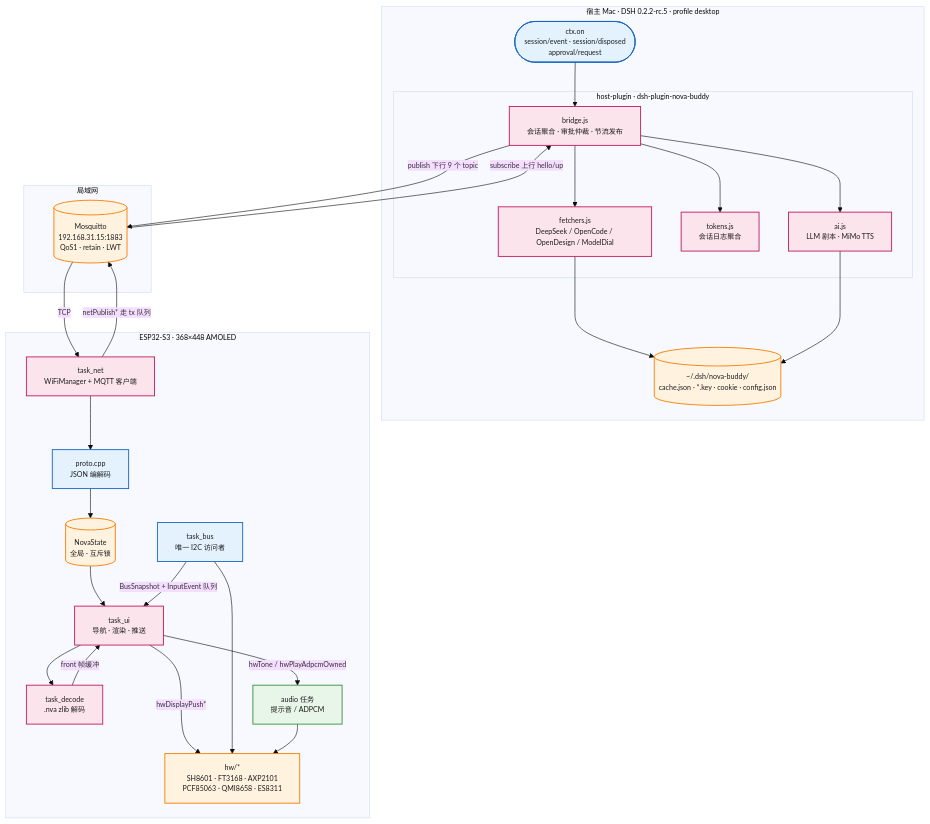
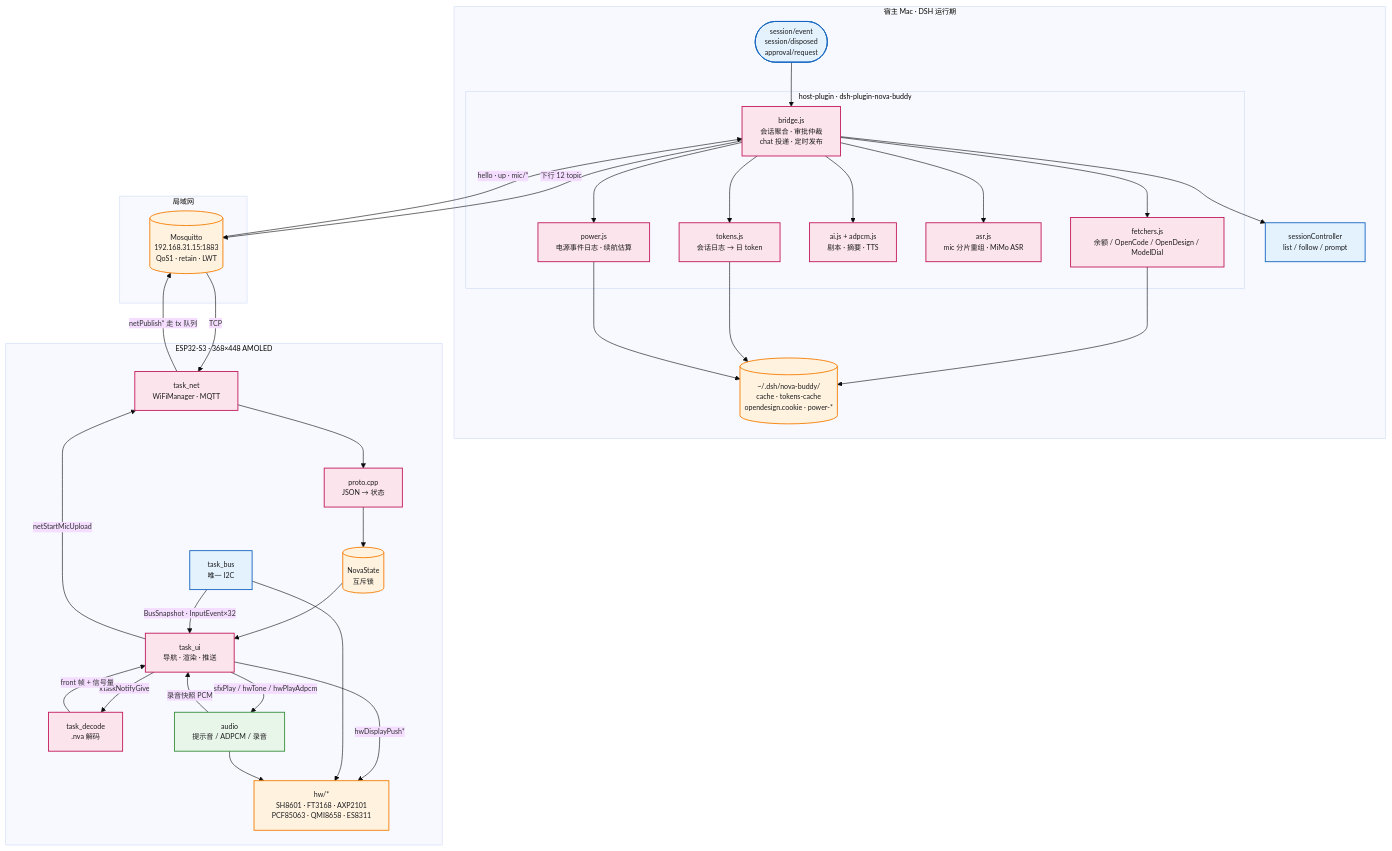
One commit to JAYcodr/whale-buddy-esp32 changed the first of 11 diagrams in docs/ARCHITECTURE.md. Above: the diagram before and after it, drawn with Mermaid. The commit also changed other lines of this file and 26 other files, not shown here.

````diff
--- a/docs/ARCHITECTURE.md
+++ b/docs/ARCHITECTURE.md
@@ -65,61 +57,68 @@
 ```mermaid
 %%{init: {'theme': 'base', 'themeVariables': {'fontFamily': 'Menlo, monospace', 'fontSize': '12px'}}}%%
 graph TD
-    subgraph MAC["宿主 Mac · DSH 0.2.2-rc.5 · profile desktop"]
-        EVT(["ctx.on<br/>session/event · session/disposed<br/>approval/request"])
+    subgraph MAC["宿主 Mac · DSH 运行期"]
+        EVT(["session/event<br/>session/disposed<br/>approval/request"])
+        SESS["sessionController<br/>list / follow / prompt"]
         subgraph PLUG["host-plugin · dsh-plugin-nova-buddy"]
-            BRIDGE["bridge.js<br/>会话聚合 · 审批仲裁 · 节流发布"]
-            FETCH["fetchers.js<br/>DeepSeek / OpenCode / OpenDesign / ModelDial"]
-            TOKS["tokens.js<br/>会话日志聚合"]
-            AIJS["ai.js<br/>LLM 剧本 · MiMo TTS"]
+            BR["bridge.js<br/>会话聚合 · 审批仲裁<br/>chat 投递 · 定时发布"]
+            FET["fetchers.js<br/>余额 / OpenCode / OpenDesign / ModelDial"]
+            TOK["tokens.js<br/>会话日志 → 日 token"]
+            AI["ai.js + adpcm.js<br/>剧本 · 摘要 · TTS"]
+            ASR["asr.js<br/>mic 分片重组 · MiMo ASR"]
+            PWR["power.js<br/>电源事件日志 · 续航估算"]
         end
-        CACHE[("~/.dsh/nova-buddy/<br/>cache.json · *.key · cookie · config.json")]
+        FS[("~/.dsh/nova-buddy/<br/>cache · tokens-cache<br/>opendesign.cookie · power-*")]
     end
 
     subgraph LAN["局域网"]
-        BROKER[("Mosquitto<br/>192.168.31.15:1883<br/>QoS1 · retain · LWT")]
+        BRK[("Mosquitto<br/>192.168.31.15:1883<br/>QoS1 · retain · LWT")]
     end
 
     subgraph DEV["ESP32-S3 · 368×448 AMOLED"]
-        NETT["task_net<br/>WiFiManager + MQTT 客户端"]
-        PROTO["proto.cpp<br/>JSON 编解码"]
-        STATE[("NovaState<br/>全局 · 互斥锁")]
-        UIM["task_ui<br/>导航 · 渲染 · 推送"]
-        DEC["task_decode<br/>.nva zlib 解码"]
-        AUD["audio 任务<br/>提示音 / ADPCM"]
-        BUS["task_bus<br/>唯一 I2C 访问者"]
+        NET["task_net<br/>WiFiManager · MQTT"]
+        PROTO["proto.cpp<br/>JSON → 状态"]
+        STATE[("NovaState<br/>互斥锁")]
+        UI["task_ui<br/>导航 · 渲染 · 推送"]
+        DEC["task_decode<br/>.nva 解码"]
+        AUD["audio<br/>提示音 / ADPCM / 录音"]
+        BUS["task_bus<br/>唯一 I2C"]
         HW["hw/*<br/>SH8601 · FT3168 · AXP2101<br/>PCF85063 · QMI8658 · ES8311"]
     end
 
-    EVT --> BRIDGE
-    BRIDGE --> FETCH
-    BRIDGE --> TOKS
-    BRIDGE --> AIJS
-    FETCH --> CACHE
-    AIJS --> CACHE
-    BRIDGE -->|"publish 下行 9 个 topic"| BROKER
-    BROKER -->|"subscribe 上行 hello/up"| BRIDGE
-
-    BROKER -->|"TCP"| NETT
-    NETT --> PROTO
+    EVT --> BR
+    BR --> SESS
+    BR --> FET
+    BR --> TOK
+    BR --> AI
+    BR --> ASR
+    BR --> PWR
+    FET --> FS
+    TOK --> FS
+    PWR --> FS
+    BR -->|"下行 12 topic"| BRK
+    BRK -->|"hello · up · mic/*"| BR
+    BRK -->|TCP| NET
+    NET --> PROTO
     PROTO --> STATE
-    STATE --> UIM
-    UIM --> DEC
-    DEC -->|"front 帧缓冲"| UIM
-    BUS -->|"BusSnapshot + InputEvent 队列"| UIM
-    UIM -->|"hwTone / hwPlayAdpcmOwned"| AUD
-    UIM -->|"hwDisplayPush*"| HW
+    STATE --> UI
+    UI -->|"xTaskNotifyGive"| DEC
+    DEC -->|"front 帧 + 信号量"| UI
+    BUS -->|"BusSnapshot · InputEvent×32"| UI
+    AUD -->|"录音快照 PCM"| UI
+    UI -->|"netStartMicUpload"| NET
+    UI -->|"sfxPlay / hwTone / hwPlayAdpcm"| AUD
+    UI -->|"hwDisplayPush*"| HW
     BUS --> HW
     AUD --> HW
-    NETT -->|"netPublish* 走 tx 队列"| BROKER
+    NET -->|"netPublish* 走 tx 队列"| BRK
 
     classDef exp fill:#e3f2fd,stroke:#1565c0,stroke-width:1.5px,color:#1d1d1f
     classDef core fill:#fce4ec,stroke:#c2185b,stroke-width:1.5px,color:#1d1d1f
     classDef infra fill:#e8f5e9,stroke:#388e3c,stroke-width:1.5px,color:#1d1d1f
     classDef store fill:#fff3e0,stroke:#f57c00,stroke-width:1.5px,color:#1d1d1f
-    classDef ext fill:#fff8e1,stroke:#f57f17,stroke-dasharray: 5 5,color:#1d1d1f
-    class BRIDGE,FETCH,TOKS,AIJS,NETT,PROTO,UIM,DEC core
-    class EVT,BUS,PROTO exp
-    class BROKER,CACHE,STATE,HW store
+    class BR,FET,TOK,AI,ASR,PWR,NET,PROTO,UI,DEC core
+    class EVT,SESS,BUS exp
+    class BRK,FS,STATE,HW store
     class AUD infra
 ```
````
